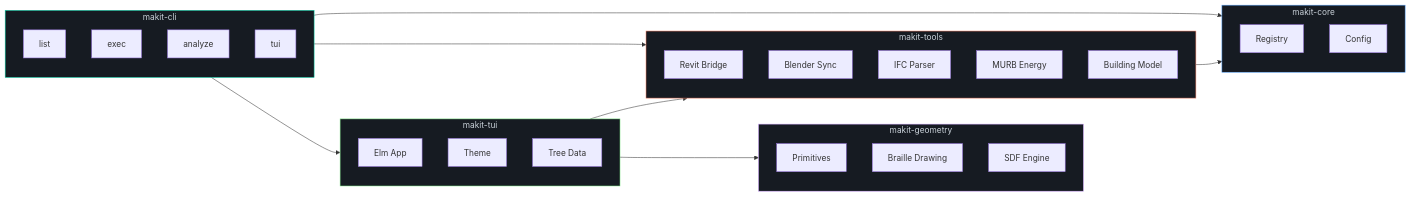
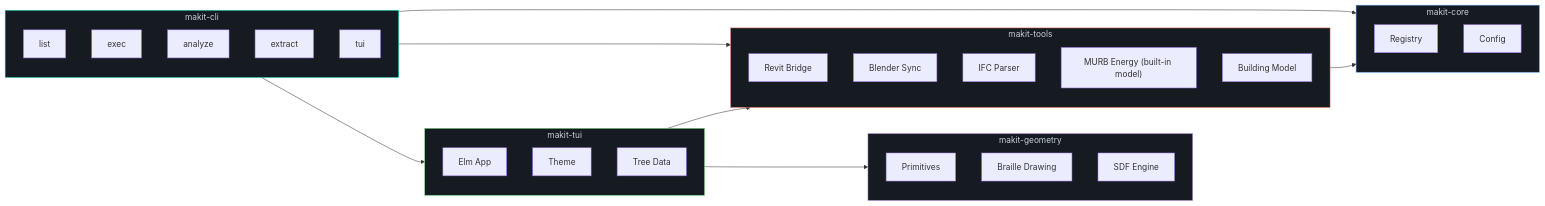
One commit to winterweken/makit changed the diagram in README.md. Above: the diagram before and after it, drawn with Mermaid. The commit also changed other lines of this file and 7 other files, not shown here.

````diff
--- a/README.md
+++ b/README.md
@@ -125,47 +153,48 @@
 ```mermaid
 graph LR
     subgraph CLI["makit-cli"]
         list["list"]
         exec["exec"]
         analyze["analyze"]
+        extract["extract"]
         tui["tui"]
     end
 
     subgraph Core["makit-core"]
         registry["Registry"]
         config["Config"]
     end
 
     subgraph Tools["makit-tools"]
         revit["Revit Bridge"]
         blender["Blender Sync"]
         ifc["IFC Parser"]
-        murb["MURB Energy"]
+        murb["MURB Energy (built-in model)"]
         model["Building Model"]
     end
 
     subgraph Geometry["makit-geometry"]
         types["Primitives"]
         drawing["Braille Drawing"]
         sdf["SDF Engine"]
     end
 
     subgraph TUI["makit-tui"]
         app["Elm App"]
         theme["Theme"]
         tree_data["Tree Data"]
     end
 
     CLI --> Core
     CLI --> Tools
     CLI --> TUI
     TUI --> Tools
     TUI --> Geometry
     Tools --> Core
 
     style CLI fill:#161b22,stroke:#00d4aa,color:#c9d1d9
     style Core fill:#161b22,stroke:#58a6ff,color:#c9d1d9
     style Tools fill:#161b22,stroke:#f78166,color:#c9d1d9
     style Geometry fill:#161b22,stroke:#d2a8ff,color:#c9d1d9
     style TUI fill:#161b22,stroke:#7ee787,color:#c9d1d9
 ```
````
